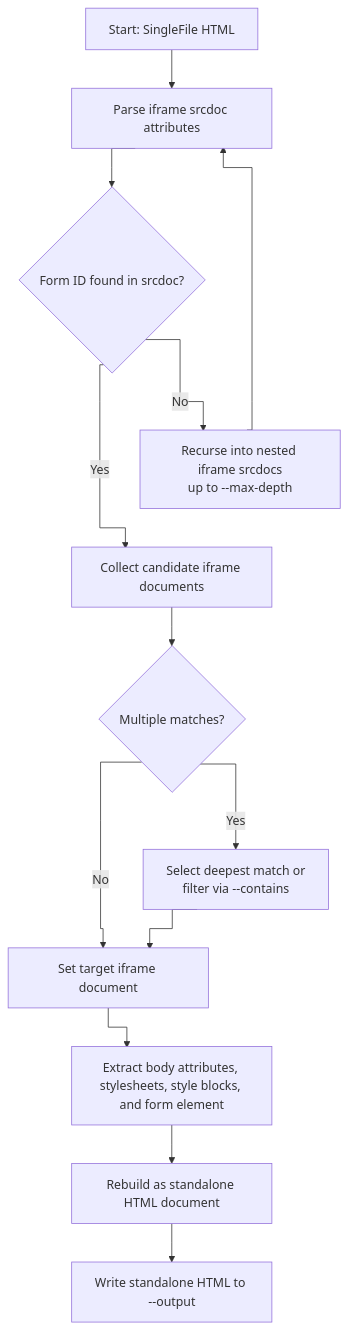
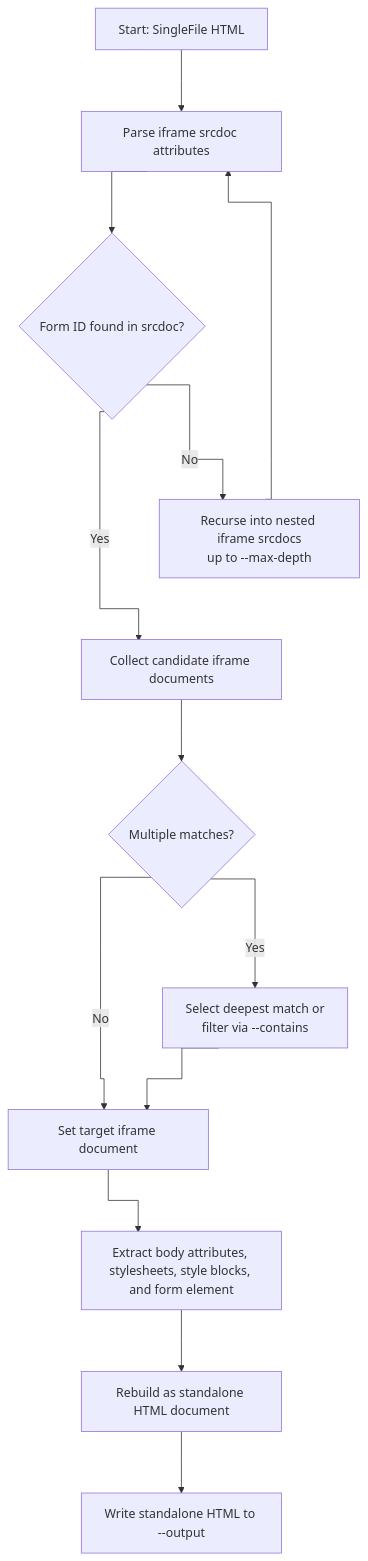
One commit to maxzz/singlefile-extractor-go changed the first of 2 diagrams in README.md. Above: the diagram before and after it, drawn with Mermaid. The commit also changed other lines of this file, not shown here.

Commit message:
WIP. README.md diagrams. 5. increase spacing

````diff
--- a/README.md
+++ b/README.md
@@ -248,36 +248,36 @@
 ```mermaid
-%%{ init: { 'flowchart': { 'curve': 'stepAfter' } } }%%
+%%{ init: { 'flowchart': { 'curve': 'stepAfter', 'nodeSpacing': 100, 'rankSpacing': 80 } } }%%
 flowchart TD
     %% Node Definitions
     A["Start: SingleFile HTML"]
     B["Parse iframe srcdoc attributes"]
     C{"Form ID found in srcdoc?"}
     D["Recurse into nested iframe srcdocs<br>up to --max-depth"]
     E["Collect candidate iframe documents"]
     F{"Multiple matches?"}
     G["Select deepest match or<br>filter via --contains"]
     H["Set target iframe document"]
     I["Extract body attributes, stylesheets, style blocks, and form element"]
     J["Rebuild as standalone HTML document"]
     K["Write standalone HTML to --output"]
 
     %% Direct vertical alignment for Main flow
     A --> B
     B --> C
     C -->|Yes| E
     E --> F
     F -->|No| H
     H --> I
     I --> J
     J --> K
 
     %% Lateral branches (out of corners horizontally)
     C -->|No| D
     D --> B
     F -->|Yes| G
     G --> H
 
     %% Invisible alignment links to force vertical stacking
     D ~~~ E
     G ~~~ I
 ```
````
